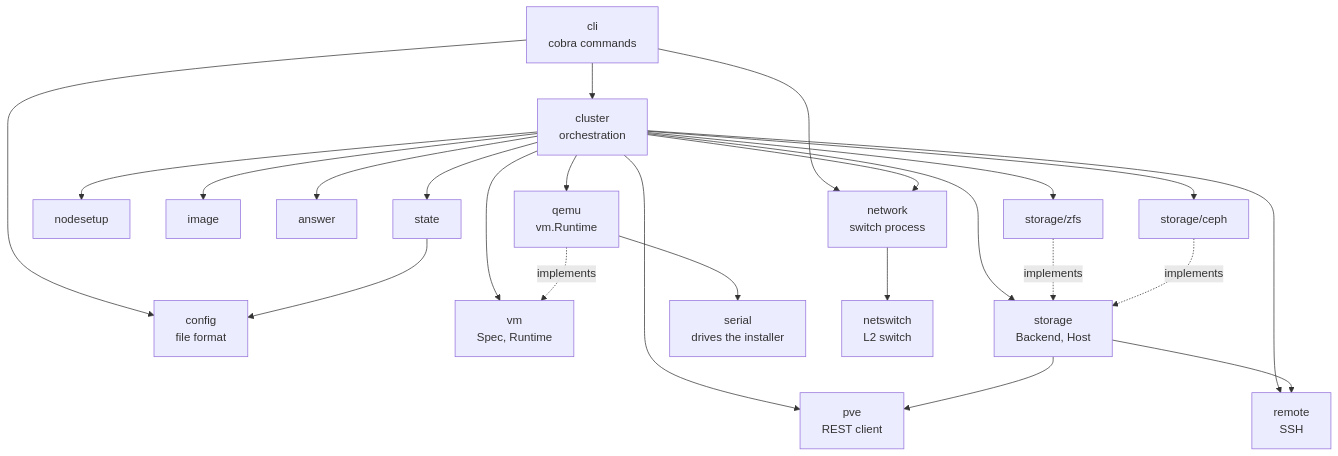
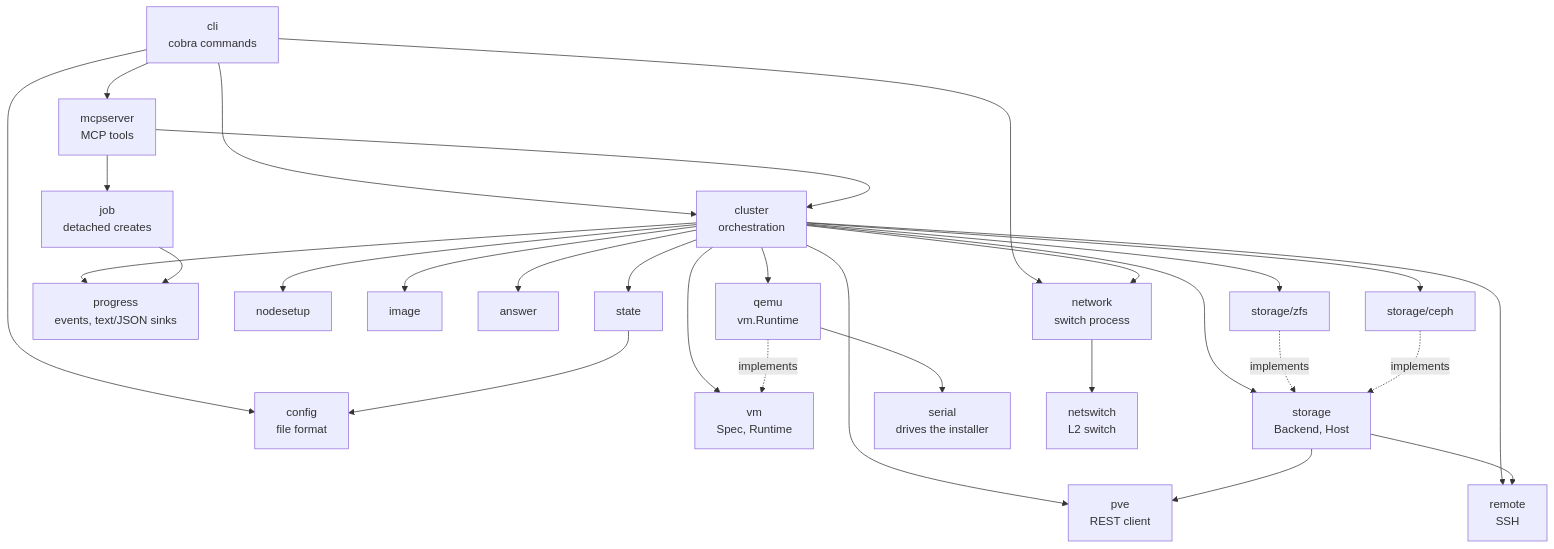
The first of 3 diagrams in docs/architecture.md (virtbase/proxbase), drawn with Mermaid before and after one commit. The commit also changed other lines of this file and 45 other files, not shown here.

Commit message:
feat: MCP server, progress json and GitHub Action

````diff
--- a/docs/architecture.md
+++ b/docs/architecture.md
@@ -10,26 +10,31 @@
 ```mermaid
 flowchart TD
     cli["cli<br/>cobra commands"] --> cluster
     cli --> config
     cli --> network
+    cli --> mcpserver["mcpserver<br/>MCP tools"]
+    mcpserver --> cluster
+    mcpserver --> job["job<br/>detached creates"]
+    cluster --> progress["progress<br/>events, text/JSON sinks"]
+    job --> progress
     cluster["cluster<br/>orchestration"] --> vm
     cluster --> network
     cluster --> storage
     cluster --> nodesetup
     cluster --> image
     cluster --> answer
     cluster --> state
     cluster --> pve
     cluster --> remote
     qemu["qemu<br/>vm.Runtime"] -. implements .-> vm["vm<br/>Spec, Runtime"]
     cluster --> qemu
     qemu --> serial["serial<br/>drives the installer"]
     network["network<br/>switch process"] --> netswitch["netswitch<br/>L2 switch"]
     zfs["storage/zfs"] -. implements .-> storage["storage<br/>Backend, Host"]
     ceph["storage/ceph"] -. implements .-> storage
     cluster --> zfs
     cluster --> ceph
     storage --> pve["pve<br/>REST client"]
     storage --> remote["remote<br/>SSH"]
     state --> config["config<br/>file format"]
 ```
````
